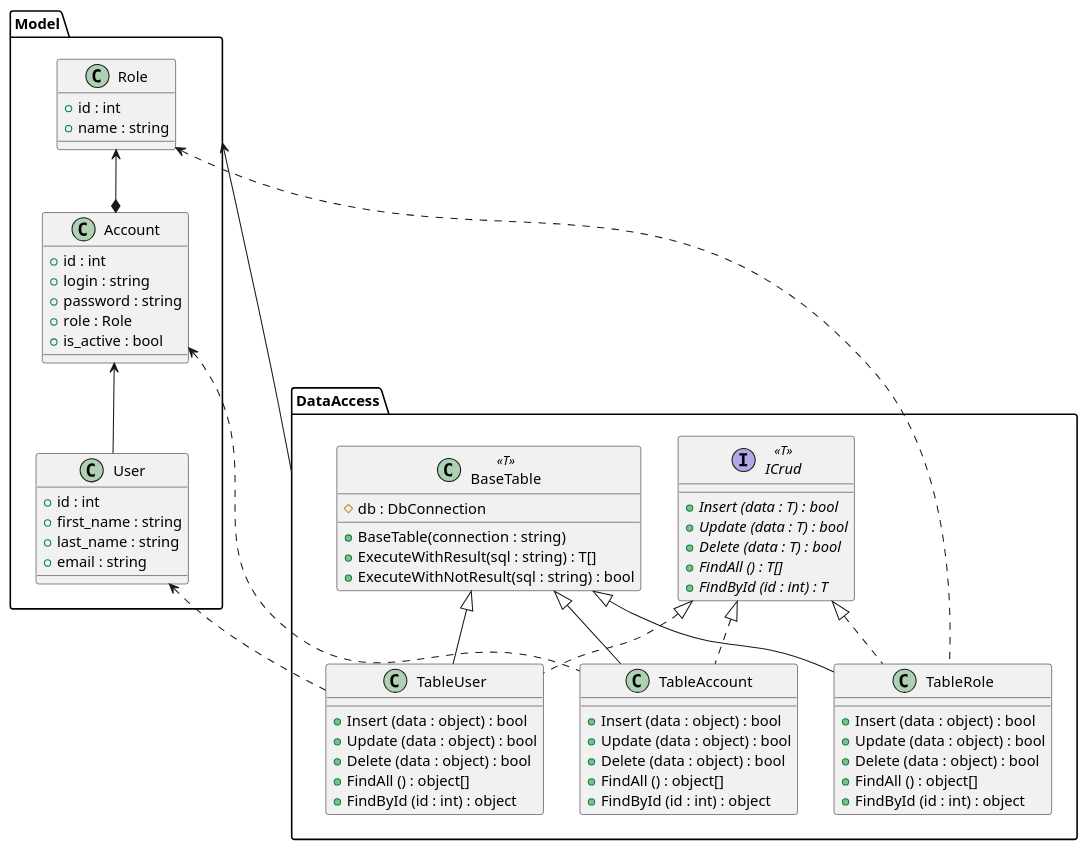
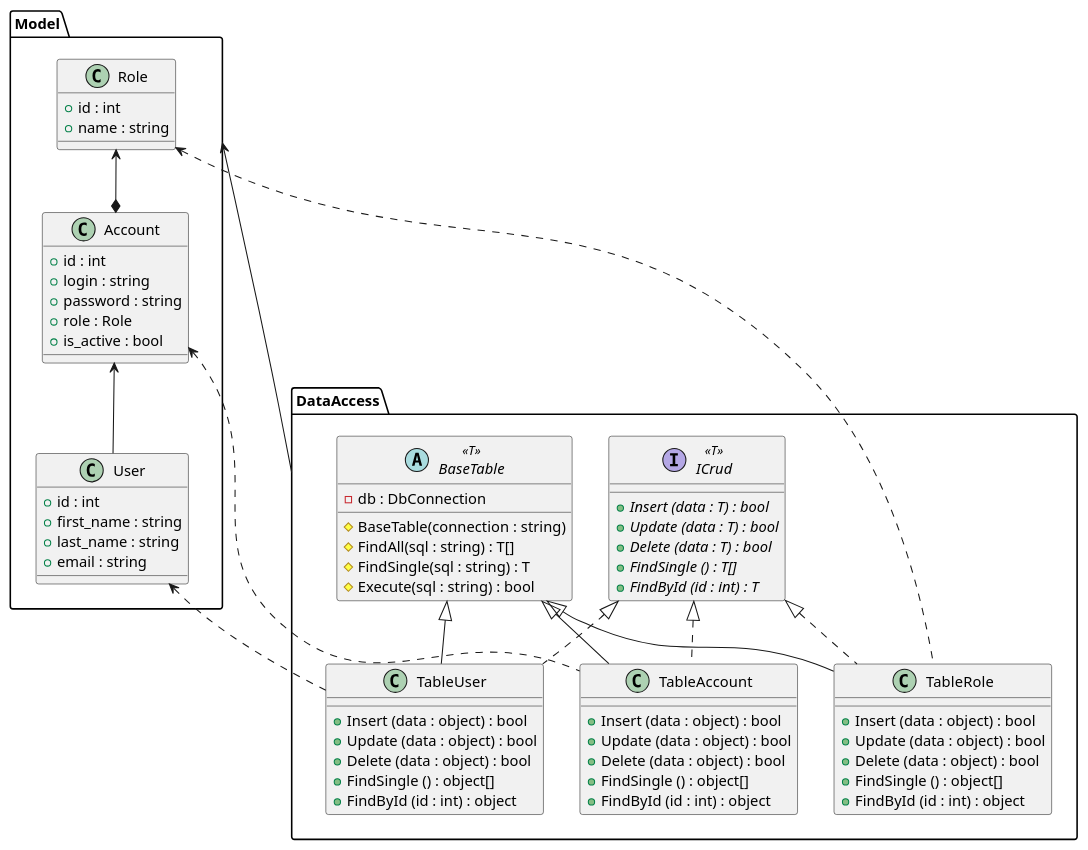
One commit to anst-foto/DapperDemo changed the diagram in DapperDemo.Model/class_diagram.puml. Above: the diagram before and after it, drawn with PlantUML. The commit also changed 2 other files, not shown here.

Commit message:
Обновление диаграммы классов. Переименование методов, изменение области доступности

```diff
--- a/DapperDemo.Model/class_diagram.puml
+++ b/DapperDemo.Model/class_diagram.puml
@@ -1,79 +1,80 @@
 @startuml
 'https://plantuml.com/class-diagram
 package Model {
     class Role {
         + id : int
         + name : string
     }
     
     Role <--* Account
     class Account {
         + id : int
         + login : string
         + password : string
         + role : Role
         + is_active : bool
     }
     
     Account <-- User
     class User {
         + id : int
         + first_name : string
         + last_name : string
         + email : string
     }
 }
 
 Model <-- DataAccess
 package DataAccess {
     interface ICrud<<T>> {
         + {abstract} Insert (data : T) : bool
         + {abstract} Update (data : T) : bool
         + {abstract} Delete (data : T) : bool
-        + {abstract} FindAll () : T[]
+        + {abstract} FindSingle () : T[]
         + {abstract} FindById (id : int) : T
     }
     
-    class BaseTable<<T>> {
-        # db : DbConnection
-        + BaseTable(connection : string)
-        + ExecuteWithResult(sql : string) : T[]        
-        + ExecuteWithNotResult(sql : string) : bool        
+    abstract class BaseTable<<T>> {
+        - db : DbConnection
+        # BaseTable(connection : string)
+        # FindAll(sql : string) : T[]        
+        # FindSingle(sql : string) : T        
+        # Execute(sql : string) : bool        
     }
     
     Role <.. TableRole
     ICrud <|.. TableRole
     BaseTable <|-- TableRole
     class TableRole {
         + Insert (data : object) : bool
         + Update (data : object) : bool
         + Delete (data : object) : bool
-        + FindAll () : object[]
+        + FindSingle () : object[]
         + FindById (id : int) : object
     }
     
     Account <.. TableAccount
     ICrud <|.. TableAccount
     BaseTable <|-- TableAccount
     class TableAccount {
         + Insert (data : object) : bool
         + Update (data : object) : bool
         + Delete (data : object) : bool
-        + FindAll () : object[]
+        + FindSingle () : object[]
         + FindById (id : int) : object
     }
     
     User <.. TableUser
     ICrud <|.. TableUser
     BaseTable <|-- TableUser
     class TableUser {
         + Insert (data : object) : bool
         + Update (data : object) : bool
         + Delete (data : object) : bool
-        + FindAll () : object[]
+        + FindSingle () : object[]
         + FindById (id : int) : object
     }
 }
 
 
 @enduml
```
